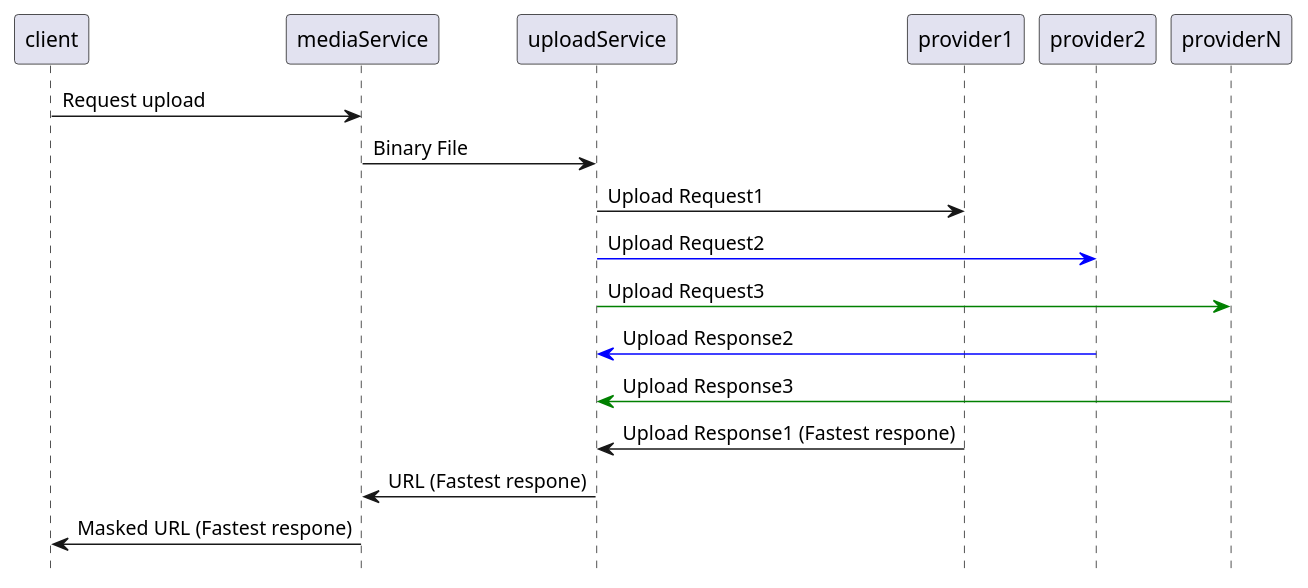
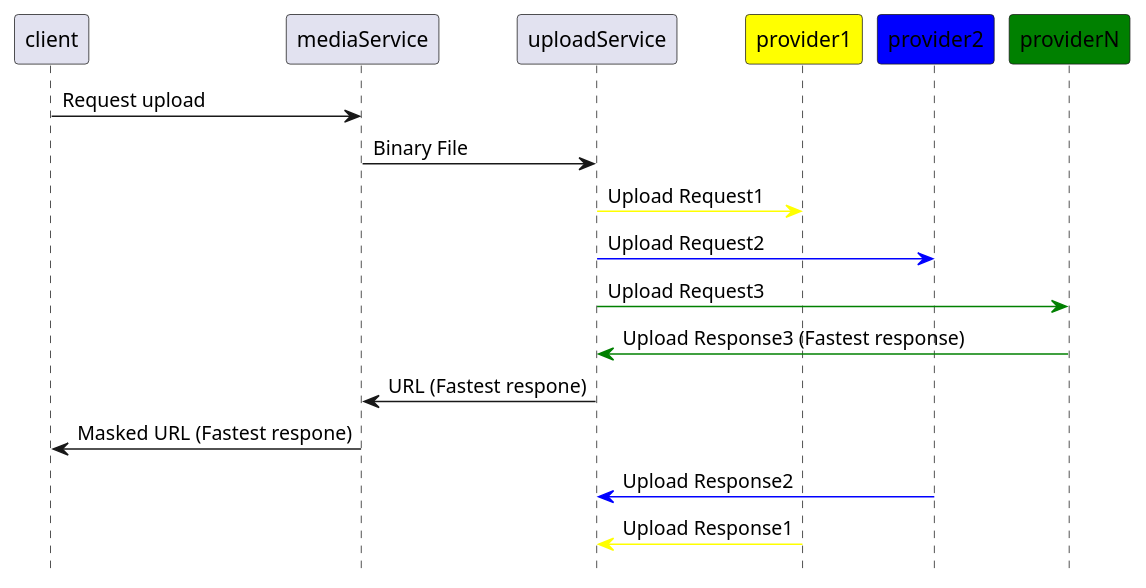
Before and after one commit to saifaldin/diagrams: the diagram in upload.toFastest.sequenceDiagram.plantuml, drawn with PlantUML. The commit also changed 4 other files, not shown here.

Commit message:
finish initial diagrams - start openAPI definitions

```diff
--- a/upload.toFastest.sequenceDiagram.plantuml
+++ b/upload.toFastest.sequenceDiagram.plantuml
@@ -1,23 +1,23 @@
 @startuml
 hide footbox
 
 participant client
-participant mediaService 
+participant mediaService
 participant uploadService
-participant provider1
-participant provider2
-participant providerN
+participant provider1 #Yellow
+participant provider2 #Blue
+participant providerN #Green
 
 client -> mediaService : Request upload
 mediaService -> uploadService : Binary File
-uploadService -> provider1: Upload Request1
+uploadService [#Yellow]-> provider1: Upload Request1
 uploadService [#Blue]-> provider2: Upload Request2
 uploadService [#Green]-> providerN: Upload Request3
 
-provider2 [#Blue]-> uploadService : Upload Response2
-providerN [#Green]-> uploadService : Upload Response3
-provider1 -> uploadService : Upload Response1 (Fastest respone)
+providerN [#Green]-> uploadService : Upload Response3 (Fastest response)
 uploadService -> mediaService : URL (Fastest respone)
 mediaService -> client : Masked URL (Fastest respone)
+provider2 [#Blue]-> uploadService : Upload Response2
+provider1 [#Yellow]-> uploadService : Upload Response1
 
 @enduml
```
